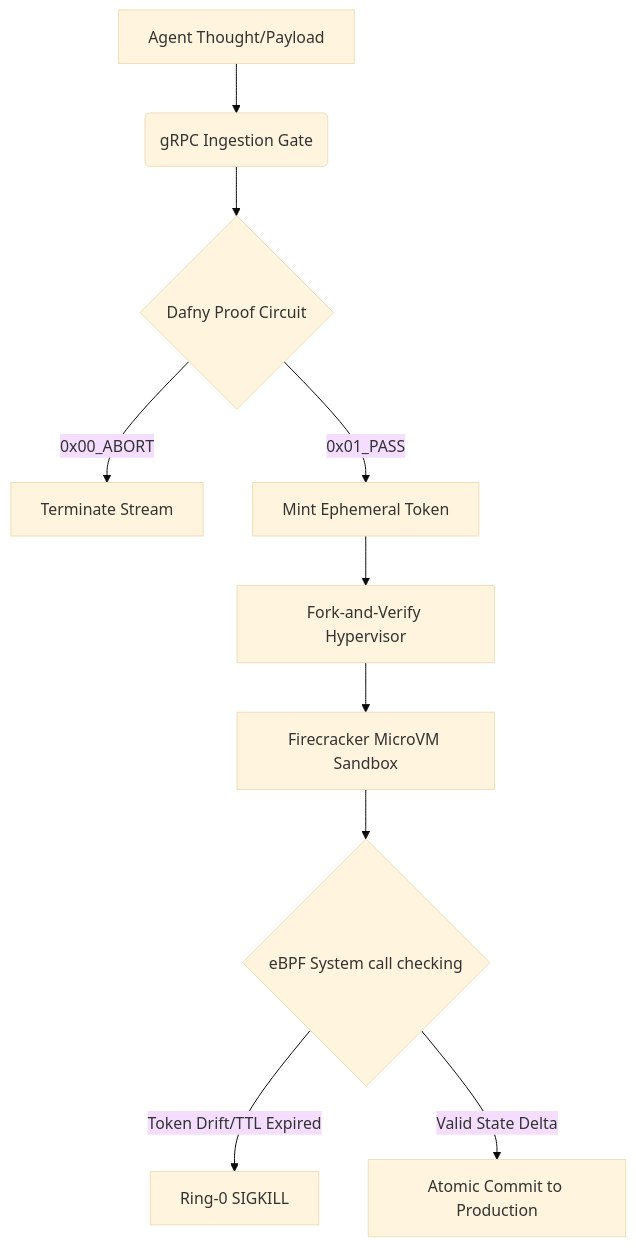
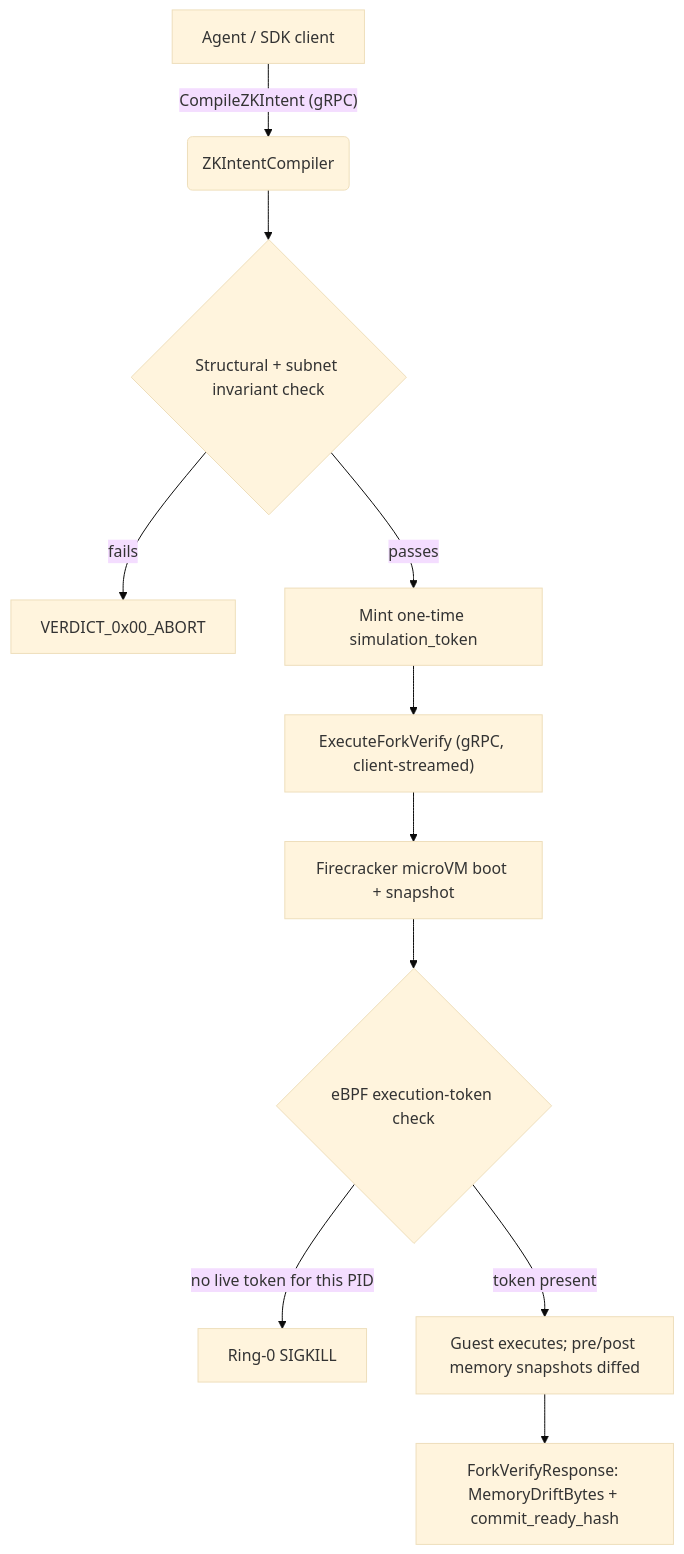
One commit to asfour/secops-ai-kernel changed the diagram in docs/architecture.md. Above: the diagram before and after it, drawn with Mermaid (base theme). The commit also changed other lines of this file and 25 other files, not shown here.

````diff
--- a/docs/architecture.md
+++ b/docs/architecture.md
@@ -13,12 +10,13 @@
 ```mermaid
 graph TD
-    A[Agent Thought/Payload] --> B(gRPC Ingestion Gate)
-    B --> C{Dafny Proof Circuit}
-    C -- "0x00_ABORT" --> D[Terminate Stream]
-    C -- "0x01_PASS" --> E[Mint Ephemeral Token]
-    E --> F[Fork-and-Verify Hypervisor]
-    F --> G[Firecracker MicroVM Sandbox]
-    G --> H{eBPF System call checking}
-    H -- "Token Drift/TTL Expired" --> I[Ring-0 SIGKILL]
-    H -- "Valid State Delta" --> J[Atomic Commit to Production]
+    A[Agent / SDK client] -- "CompileZKIntent (gRPC)" --> B(ZKIntentCompiler)
+    B --> C{Structural + subnet invariant check}
+    C -- "fails" --> D[VERDICT_0x00_ABORT]
+    C -- "passes" --> E[Mint one-time simulation_token]
+    E --> F["ExecuteForkVerify (gRPC, client-streamed)"]
+    F --> G[Firecracker microVM boot + snapshot]
+    G --> H{eBPF execution-token check}
+    H -- "no live token for this PID" --> I[Ring-0 SIGKILL]
+    H -- "token present" --> J[Guest executes; pre/post memory snapshots diffed]
+    J --> K["ForkVerifyResponse: MemoryDriftBytes + commit_ready_hash"]
 ```
````
